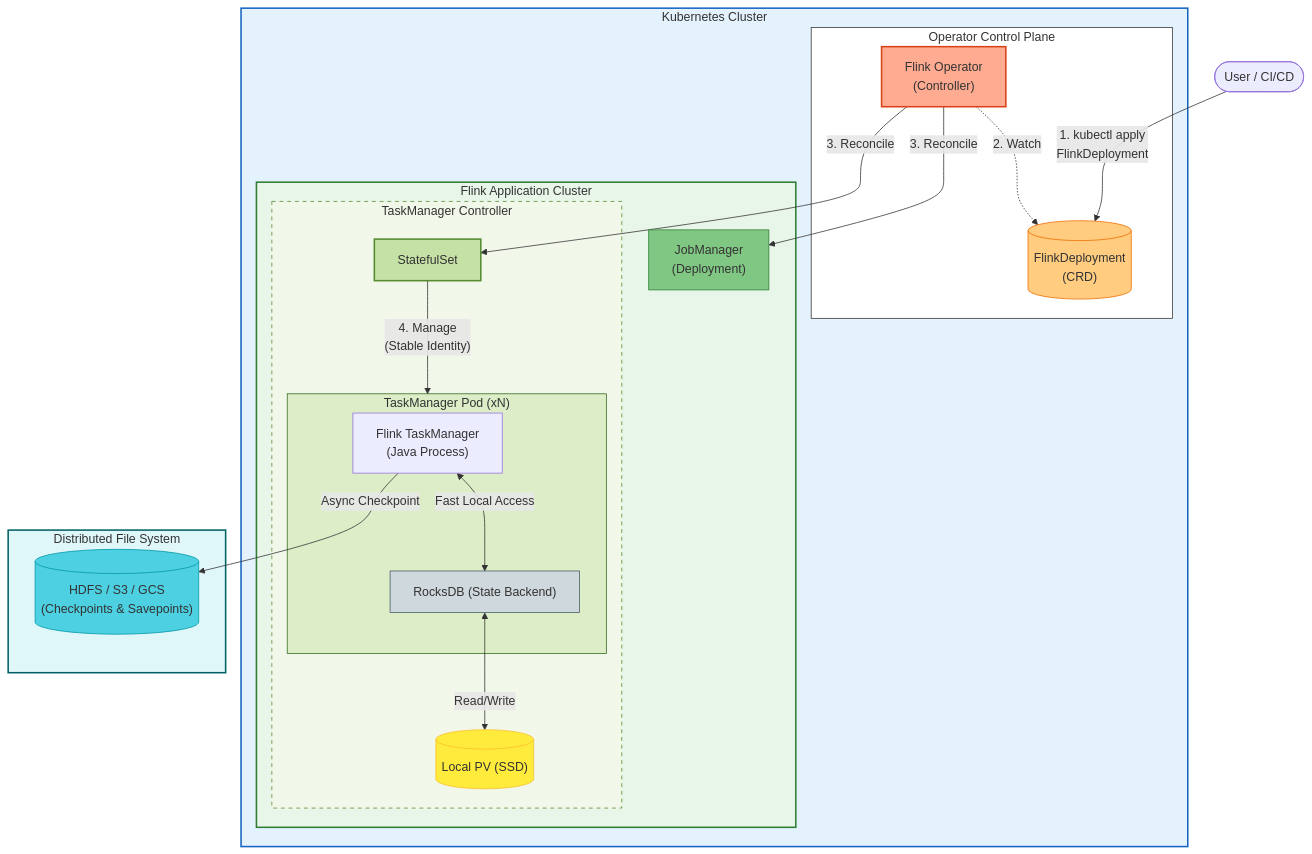
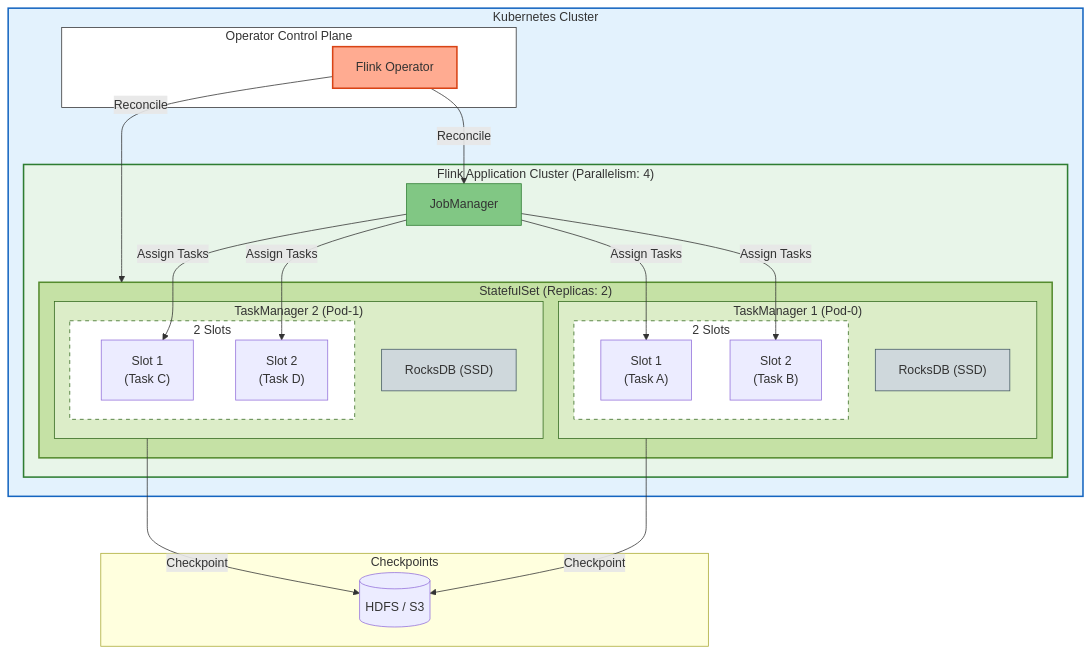
The diagram in _posts/2026-01-04-Kubernetes-Flink-Operator.markdown (loneshark99/loneshark99.github.io), drawn with Mermaid before and after one commit.

````diff
--- a/_posts/2026-01-04-Kubernetes-Flink-Operator.markdown
+++ b/_posts/2026-01-04-Kubernetes-Flink-Operator.markdown
@@ -11,61 +11,66 @@
 ```mermaid
 graph TD
     subgraph K8s["Kubernetes Cluster"]
         style K8s fill:#e3f2fd,stroke:#1565c0,stroke-width:2px
         
         subgraph ControlPlane["Operator Control Plane"]
             style ControlPlane fill:#fff,stroke:#333
-            CRD[("FlinkDeployment\n(CRD)")]
-            style CRD fill:#ffcc80,stroke:#ef6c00
-            
-            Operator["Flink Operator\n(Controller)"]
+            Operator["Flink Operator"]
             style Operator fill:#ffab91,stroke:#d84315,stroke-width:2px
         end
 
-        subgraph FlinkCluster["Flink Application Cluster"]
+        subgraph FlinkCluster["Flink Application Cluster (Parallelism: 4)"]
             style FlinkCluster fill:#e8f5e9,stroke:#2e7d32,stroke-width:2px
             
-            JM["JobManager\n(Deployment)"]
+            JM["JobManager"]
             style JM fill:#81c784,stroke:#2e7d32
             
-            subgraph TM_Controller ["TaskManager Controller"]
-                style TM_Controller fill:#f1f8e9,stroke:#558b2f,stroke-dasharray: 5 5
-                
-                STS["StatefulSet"]
+            subgraph STS ["StatefulSet (Replicas: 2)"]
                 style STS fill:#c5e1a5,stroke:#558b2f,stroke-width:2px
                 
-                subgraph TM_Pod ["TaskManager Pod (xN)"]
-                    style TM_Pod fill:#dcedc8,stroke:#33691e
+                subgraph TM1 ["TaskManager 1 (Pod-0)"]
+                    style TM1 fill:#dcedc8,stroke:#33691e
                     
-                    TM_Process["Flink TaskManager\n(Java Process)"]
-                    RocksDB["RocksDB (State Backend)"]
-                    style RocksDB fill:#cfd8dc,stroke:#455a64
+                    subgraph Slots1 ["2 Slots"]
+                        style Slots1 fill:#fff,stroke:#33691e,stroke-dasharray: 5 5
+                        Slot1_1["Slot 1\n(Task A)"]
+                        Slot1_2["Slot 2\n(Task B)"]
+                    end
+                    
+                    RocksDB1["RocksDB (SSD)"]
+                    style RocksDB1 fill:#cfd8dc,stroke:#455a64
                 end
-            
-                PVC[("Local PV (SSD)")]
-                style PVC fill:#ffeb3b,stroke:#fbc02d
+
+                subgraph TM2 ["TaskManager 2 (Pod-1)"]
+                    style TM2 fill:#dcedc8,stroke:#33691e
+                    
+                    subgraph Slots2 ["2 Slots"]
+                        style Slots2 fill:#fff,stroke:#33691e,stroke-dasharray: 5 5
+                        Slot2_1["Slot 1\n(Task C)"]
+                        Slot2_2["Slot 2\n(Task D)"]
+                    end
+                    
+                    RocksDB2["RocksDB (SSD)"]
+                    style RocksDB2 fill:#cfd8dc,stroke:#455a64
+                end
             end
         end
     end
 
-    subgraph DFS ["Distributed File System"]
-        style DFS fill:#e0f7fa,stroke:#006064,stroke-width:2px
-        HDFS[("HDFS / S3 / GCS\n(Checkpoints & Savepoints)")]
-        style HDFS fill:#4dd0e1,stroke:#0097a7
+    subgraph DFS ["Checkpoints"]
+        HDFS[("HDFS / S3")]
     end
 
-    User([User / CI/CD]) -->|"1. kubectl apply\nFlinkDeployment"| CRD
+    Operator --"Reconcile"--> JM
+    Operator --"Reconcile"--> STS
     
-    Operator -.->|"2. Watch"| CRD
-    Operator -->|"3. Reconcile"| JM
-    Operator -->|"3. Reconcile"| STS
-    
-    STS -->|"4. Manage\n(Stable Identity)"| TM_Pod
-    
-    TM_Process <-->|"Fast Local Access"| RocksDB
-    RocksDB <-->|"Read/Write"| PVC
-    
-    TM_Process -->|"Async Checkpoint"| HDFS
-    
+    JM --"Assign Tasks"--> Slot1_1
+    JM --"Assign Tasks"--> Slot1_2
+    JM --"Assign Tasks"--> Slot2_1
+    JM --"Assign Tasks"--> Slot2_2
+
+    TM1 --"Checkpoint"--> HDFS
+    TM2 --"Checkpoint"--> HDFS
+
     classDef k8s fill:#326ce5,stroke:#fff,stroke-width:2px,color:#fff;
 ```
````
